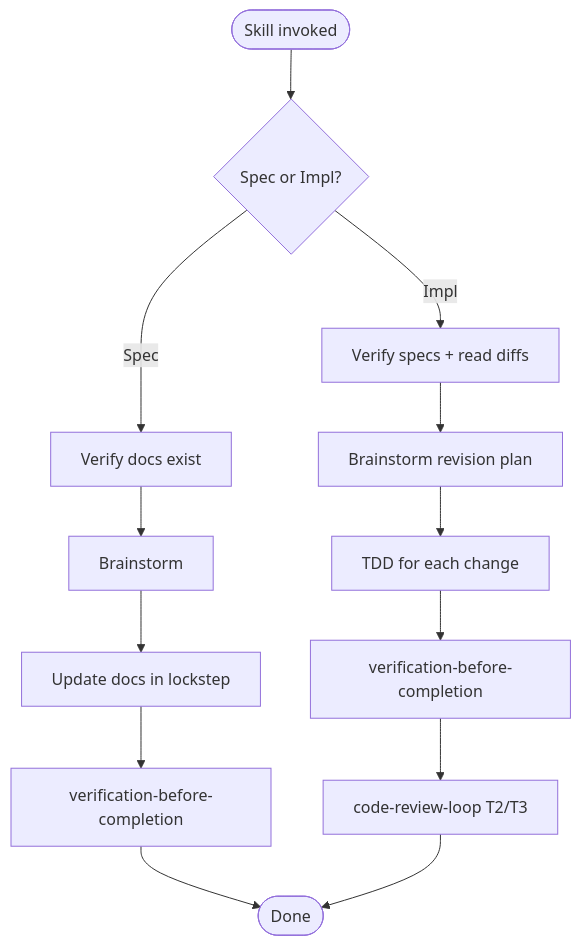
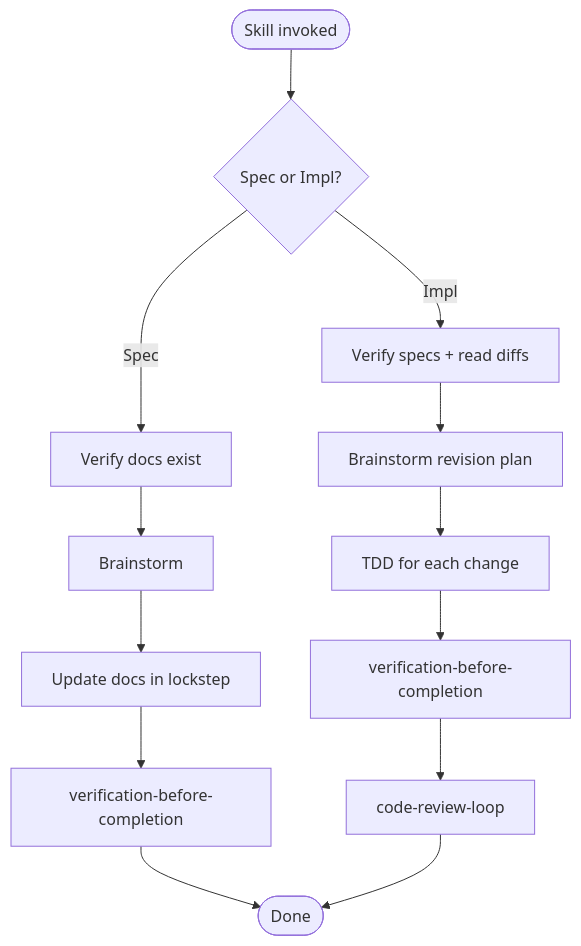
Before and after one commit to wintermaples/spec-coexist: the diagram in .claude/skills/revising/SKILL.md, drawn with Mermaid. The commit also changed other lines of this file and 5 other files, not shown here.

````diff
--- a/.claude/skills/revising/SKILL.md
+++ b/.claude/skills/revising/SKILL.md
@@ -57,15 +57,15 @@
 ```mermaid
 flowchart TD
     Start([Skill invoked]) --> Mode{Spec or Impl?}
     Mode -- Spec --> SE[Verify docs exist]
     SE --> SB[Brainstorm]
     SB --> SW[Update docs in lockstep]
     SW --> SV[verification-before-completion]
     Mode -- Impl --> IE[Verify specs + read diffs]
     IE --> IB[Brainstorm revision plan]
     IB --> IT[TDD for each change]
     IT --> IV[verification-before-completion]
-    IV --> IR[code-review-loop T2/T3]
+    IV --> IR[code-review-loop]
     SV --> Done([Done])
     IR --> Done
 ```
````
